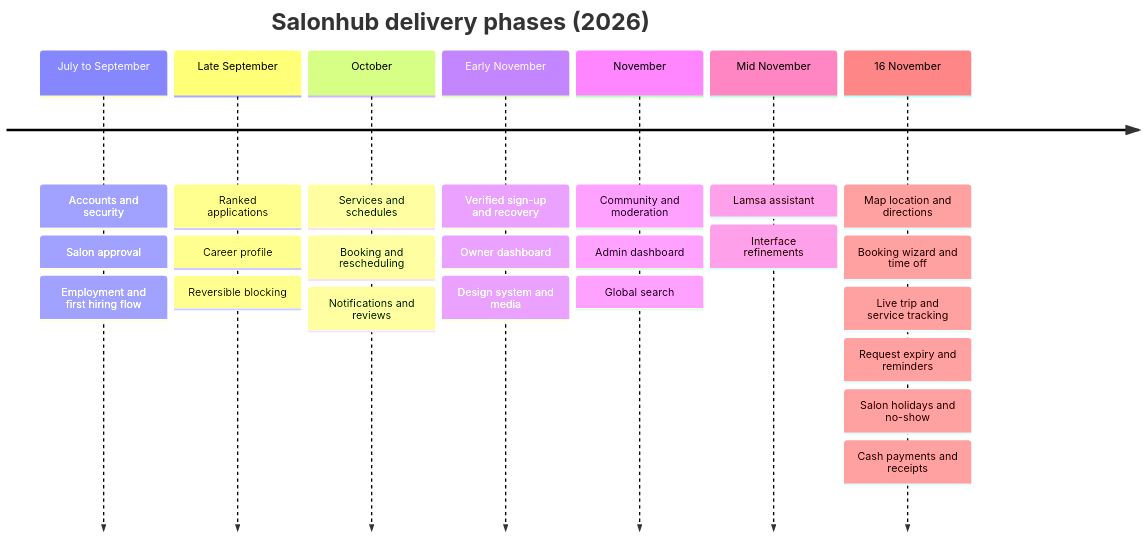
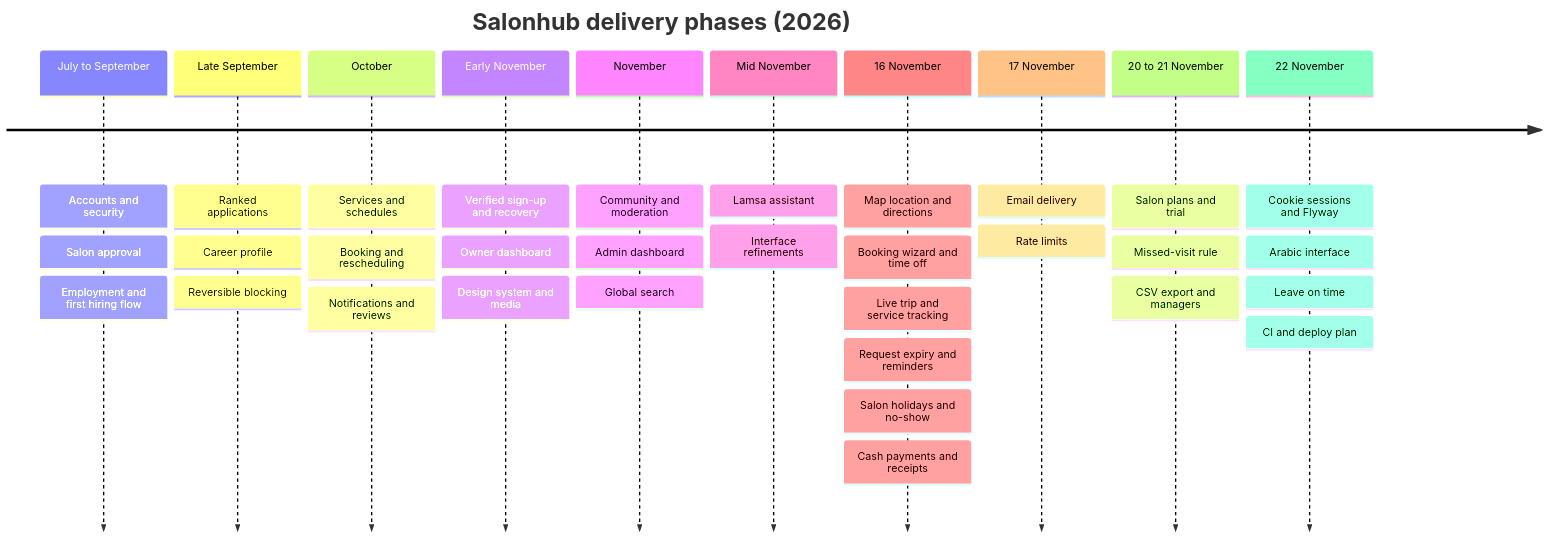
Before and after one commit to ghalebshhab/Salon-hub-backend: the sixth of 24 diagrams in documentation/Salon-Hup-Project-Documentation.md, drawn with Mermaid. The commit also changed other lines of this file and 1 other file, not shown here.

````diff
--- a/documentation/Salon-Hup-Project-Documentation.md
+++ b/documentation/Salon-Hup-Project-Documentation.md
@@ -529,11 +639,14 @@
 ```mermaid
 timeline
     title Salonhub delivery phases (2026)
     July to September : Accounts and security : Salon approval : Employment and first hiring flow
     Late September : Ranked applications : Career profile : Reversible blocking
     October : Services and schedules : Booking and rescheduling : Notifications and reviews
     Early November : Verified sign-up and recovery : Owner dashboard : Design system and media
     November : Community and moderation : Admin dashboard : Global search
     Mid November : Lamsa assistant : Interface refinements
     16 November : Map location and directions : Booking wizard and time off : Live trip and service tracking : Request expiry and reminders : Salon holidays and no-show : Cash payments and receipts
+    17 November : Email delivery : Rate limits
+    20 to 21 November : Salon plans and trial : Missed-visit rule : CSV export and managers
+    22 November : Cookie sessions and Flyway : Arabic interface : Leave on time : CI and deploy plan
 ```
````
